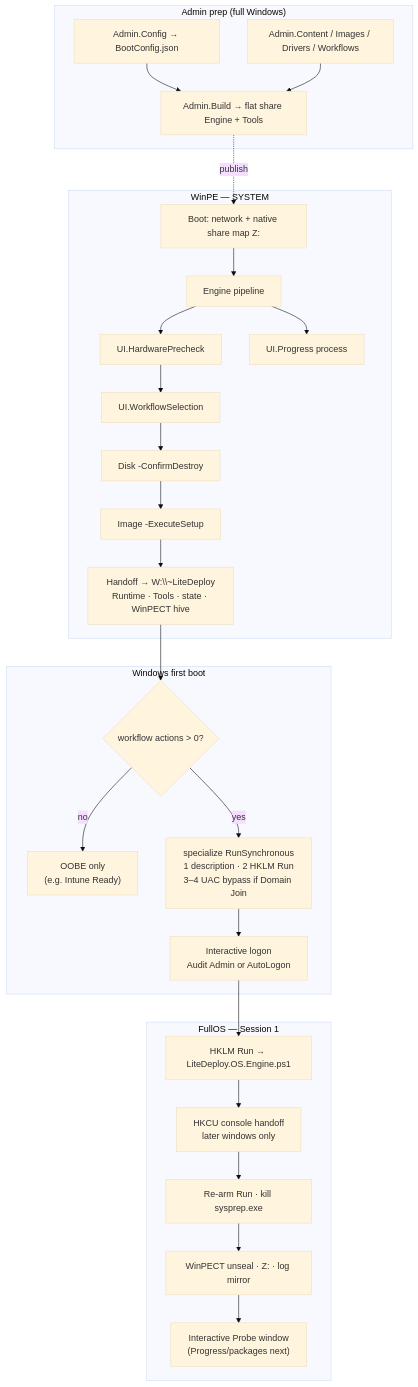
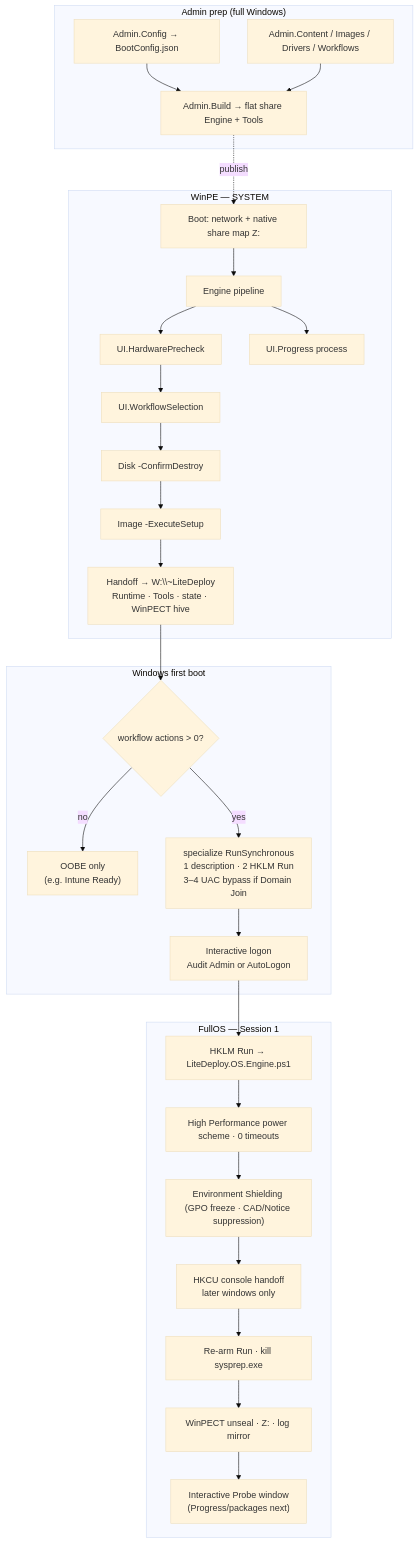
The diagram in README.md (cmartineztech/LiteDeploy.Core), drawn with Mermaid (base theme) before and after one commit. The commit also changed other lines of this file and 37 other files, not shown here.

Commit message:
docs & refactor: comprehensive audit alignment across documentation and runtime/admin scripts (v2 architecture)

````diff
--- a/README.md
+++ b/README.md
@@ -43,47 +43,49 @@
 ```mermaid
 flowchart TB
   subgraph AdminPrep["Admin prep (full Windows)"]
     Config["Admin.Config → BootConfig.json"]
     Content["Admin.Content / Images / Drivers / Workflows"]
     Build["Admin.Build → flat share Engine + Tools"]
     Config --> Build
     Content --> Build
   end
 
   subgraph WinPE["WinPE — SYSTEM"]
     Boot["Boot: network + native share map Z:"]
     Engine["Engine pipeline"]
     Pre["UI.HardwarePrecheck"]
     Sel["UI.WorkflowSelection"]
     Prog["UI.Progress process"]
     Disk["Disk -ConfirmDestroy"]
     Image["Image -ExecuteSetup"]
     Hand["Handoff → W:\\~LiteDeploy<br/>Runtime · Tools · state · WinPECT hive"]
     Boot --> Engine
     Engine --> Pre --> Sel
     Engine --> Prog
     Sel --> Disk --> Image --> Hand
   end
 
   subgraph FirstBoot["Windows first boot"]
     Gate{"workflow actions > 0?"}
     OOBE["OOBE only<br/>(e.g. Intune Ready)"]
     Spec["specialize RunSynchronous<br/>1 description · 2 HKLM Run<br/>3–4 UAC bypass if Domain Join"]
     Logon["Interactive logon<br/>Audit Admin or AutoLogon"]
     Gate -->|no| OOBE
     Gate -->|yes| Spec --> Logon
   end
 
   subgraph FullOS["FullOS — Session 1"]
     Run["HKLM Run → LiteDeploy.OS.Engine.ps1"]
+    Power["High Performance power scheme · 0 timeouts"]
+    Shield["Environment Shielding (GPO freeze · CAD/Notice suppression)"]
     Console["HKCU console handoff<br/>later windows only"]
     ReArm["Re-arm Run · kill sysprep.exe"]
     Secrets["WinPECT unseal · Z: · log mirror"]
     Probe["Interactive Probe window<br/>(Progress/packages next)"]
-    Run --> Console --> ReArm --> Secrets --> Probe
+    Run --> Power --> Shield --> Console --> ReArm --> Secrets --> Probe
   end
 
   Build -.->|publish| Boot
   Hand --> Gate
   Logon --> Run
 ```
````
